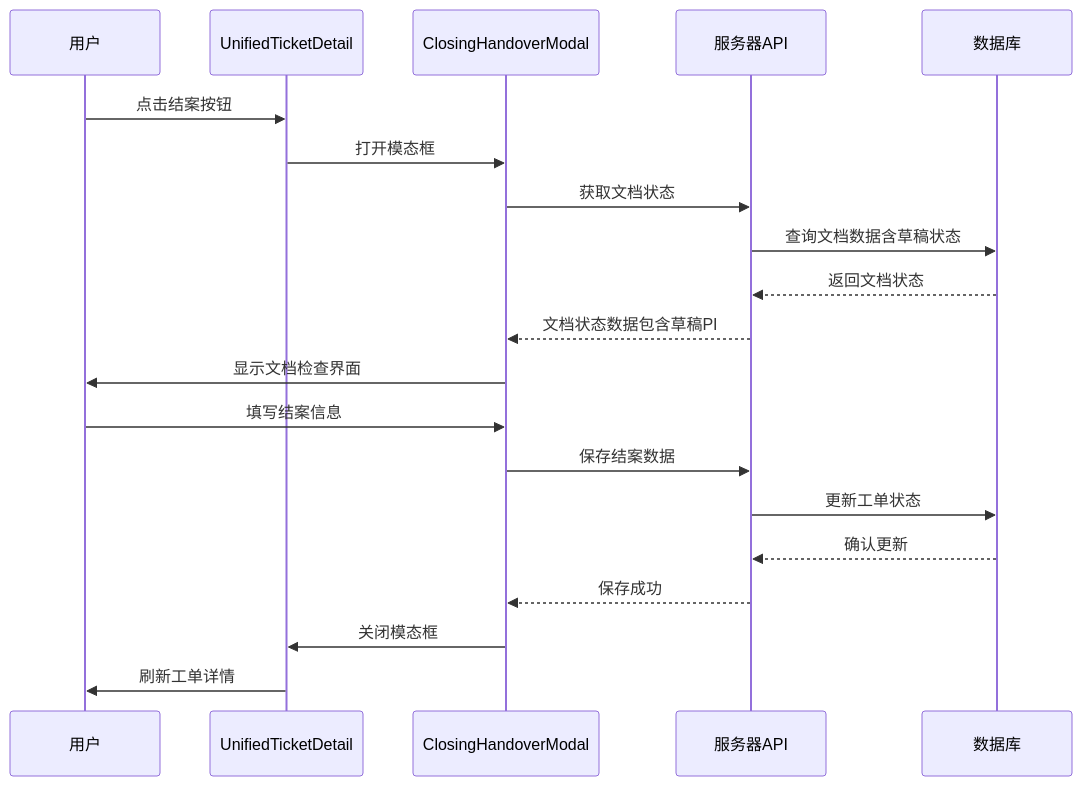
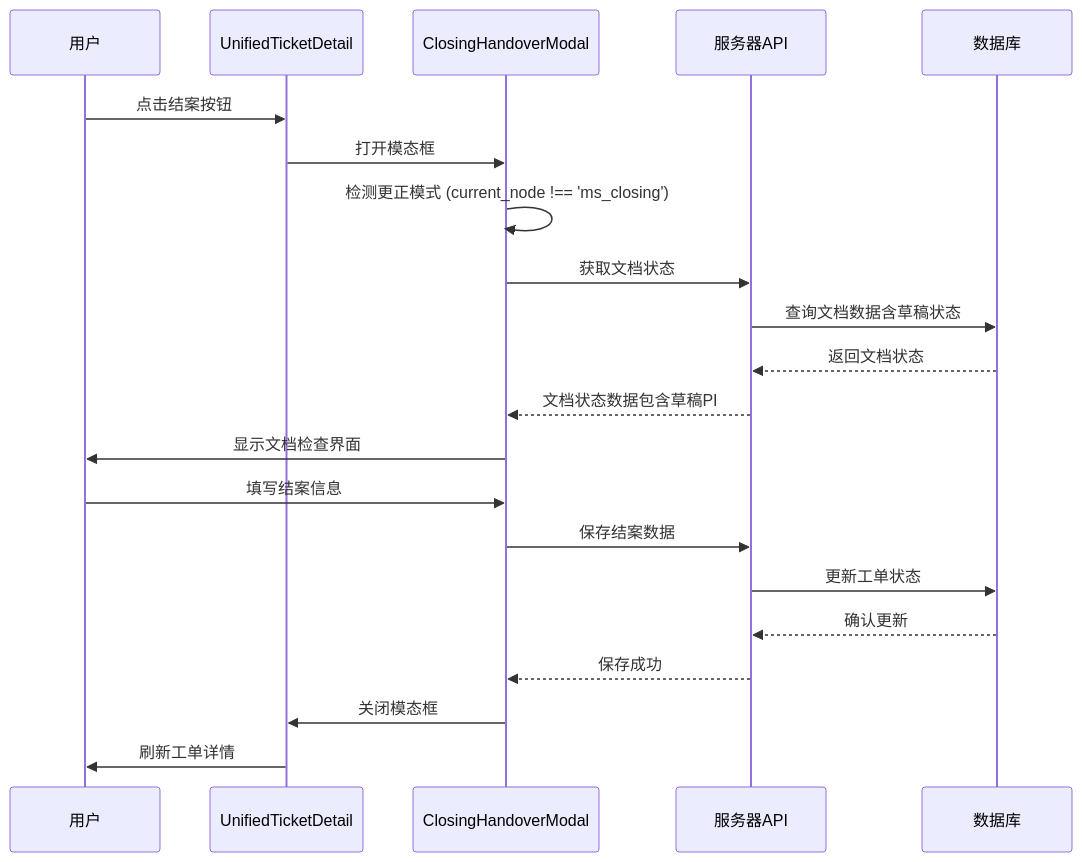
Before and after one commit to CubeEdge/Longhorn: the second of 9 diagrams in .qoder/repowiki/zh/content/前端组件架构/服务工作流增强/结案交接模态框.md, drawn with Mermaid. The commit also changed other lines of this file and 47 other files, not shown here.

````diff
--- a/.qoder/repowiki/zh/content/前端组件架构/服务工作流增强/结案交接模态框.md
+++ b/.qoder/repowiki/zh/content/前端组件架构/服务工作流增强/结案交接模态框.md
@@ -114,22 +117,23 @@
 ```mermaid
 sequenceDiagram
 participant User as 用户
 participant UTD as UnifiedTicketDetail
 participant CHM as ClosingHandoverModal
 participant API as 服务器API
 participant DB as 数据库
 User->>UTD : 点击结案按钮
 UTD->>CHM : 打开模态框
+CHM->>CHM : 检测更正模式 (current_node !== 'ms_closing')
 CHM->>API : 获取文档状态
 API->>DB : 查询文档数据含草稿状态
 DB-->>API : 返回文档状态
 API-->>CHM : 文档状态数据包含草稿PI
 CHM->>User : 显示文档检查界面
 User->>CHM : 填写结案信息
 CHM->>API : 保存结案数据
 API->>DB : 更新工单状态
 DB-->>API : 确认更新
 API-->>CHM : 保存成功
 CHM->>UTD : 关闭模态框
 UTD->>User : 刷新工单详情
 ```
````
